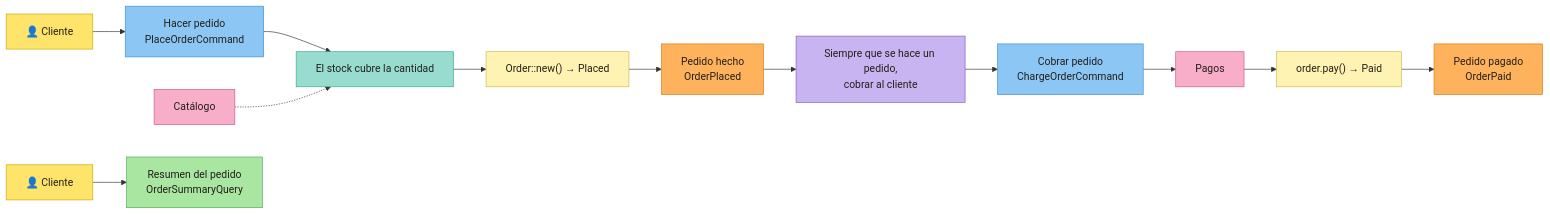
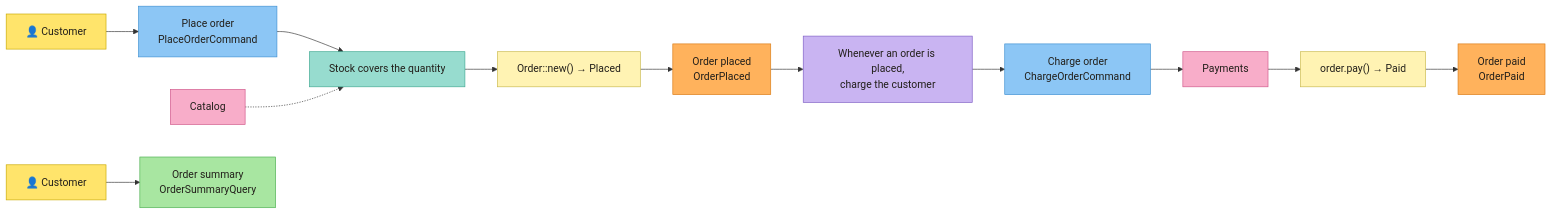
The diagram in docs/es/tutorial.md (ecdesa-labs/cerne), drawn with Mermaid before and after one commit. The commit also changed other lines of this file and 64 other files, not shown here.

````diff
--- a/docs/es/tutorial.md
+++ b/docs/es/tutorial.md
@@ -31,22 +29,22 @@
 ```mermaid
 flowchart LR
-  customer["👤 Cliente"]:::actor --> place["Hacer pedido<br/>PlaceOrderCommand"]:::command
-  place --> rules["El stock cubre la cantidad"]:::rule
-  catalog["Catálogo"]:::external -.-> rules
+  customer["👤 Customer"]:::actor --> place["Place order<br/>PlaceOrderCommand"]:::command
+  place --> rules["Stock covers the quantity"]:::rule
+  catalog["Catalog"]:::external -.-> rules
   rules --> order["Order::new() → Placed"]:::aggregate
-  order --> placed["Pedido hecho<br/>OrderPlaced"]:::event
-  placed --> policy["Siempre que se hace un pedido,<br/>cobrar al cliente"]:::policy
-  policy --> charge["Cobrar pedido<br/>ChargeOrderCommand"]:::command
-  charge --> payments["Pagos"]:::external
+  order --> placed["Order placed<br/>OrderPlaced"]:::event
+  placed --> policy["Whenever an order is placed,<br/>charge the customer"]:::policy
+  policy --> charge["Charge order<br/>ChargeOrderCommand"]:::command
+  charge --> payments["Payments"]:::external
   payments --> paid_order["order.pay() → Paid"]:::aggregate
-  paid_order --> paid["Pedido pagado<br/>OrderPaid"]:::event
-  customer2["👤 Cliente"]:::actor --> summary["Resumen del pedido<br/>OrderSummaryQuery"]:::read_model
+  paid_order --> paid["Order paid<br/>OrderPaid"]:::event
+  customer2["👤 Customer"]:::actor --> summary["Order summary<br/>OrderSummaryQuery"]:::read_model
   classDef actor fill:#ffe46b,stroke:#c9a800,color:#221f1a
   classDef command fill:#8cc6f5,stroke:#3d8fd1,color:#221f1a
   classDef rule fill:#97dccf,stroke:#3fa892,color:#221f1a
   classDef aggregate fill:#fff3b3,stroke:#c9b84a,color:#221f1a
   classDef event fill:#ffb25c,stroke:#d97a14,color:#221f1a
   classDef policy fill:#c9b4f2,stroke:#7d5cc4,color:#221f1a
   classDef external fill:#f8adc9,stroke:#d0578a,color:#221f1a
   classDef read_model fill:#a8e6a1,stroke:#4caf50,color:#221f1a
 ```
````
